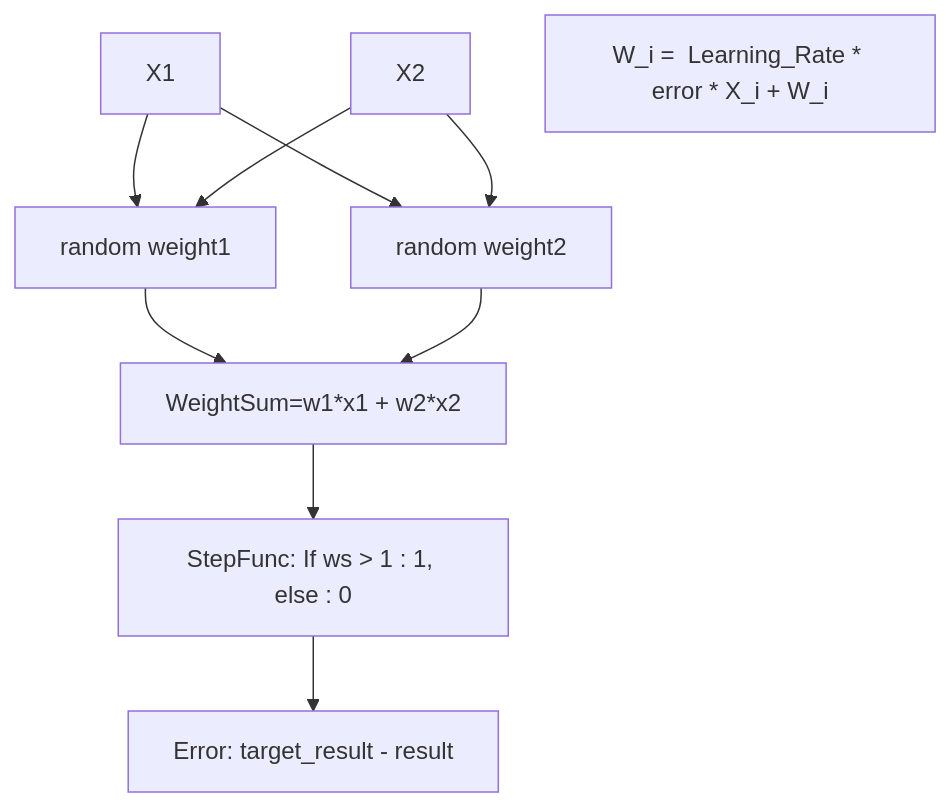
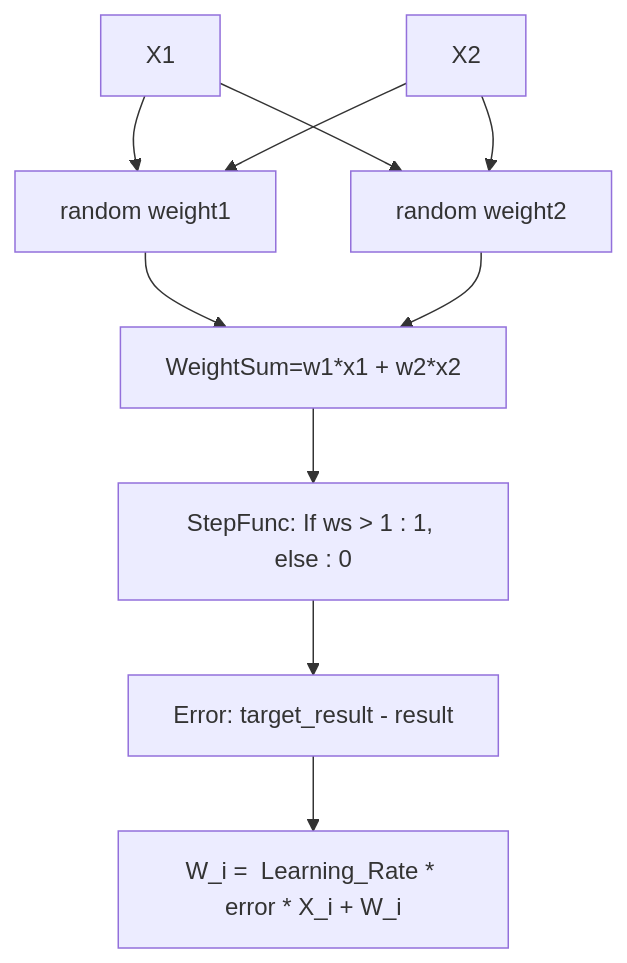
One commit to mulefish/ts_ref changed the diagram in README.md. Above: the diagram before and after it, drawn with Mermaid.

Commit message:
Markdown is hard

````diff
--- a/README.md
+++ b/README.md
@@ -33,22 +33,23 @@
 ```mermaid
 flowchart TD
 x1[X1]
 x2[X2]
 w1[random weight1 ]
 w2[random weight2 ]
 calc[WeightSum=w1*x1 + w2*x2]
 step[StepFunc: If ws > 1 : 1, else : 0]
 error[Error: target_result - result ]
 adjust[W_i =  Learning_Rate * error * X_i + W_i]
 
 x1 --> w1 
 x1 --> w2 
 x2 --> w1
 x2 --> w2
 w1 -->calc
 w2 -->calc
 calc --> step
 step --> error
+error --> adjust
 
 
 ```
````
